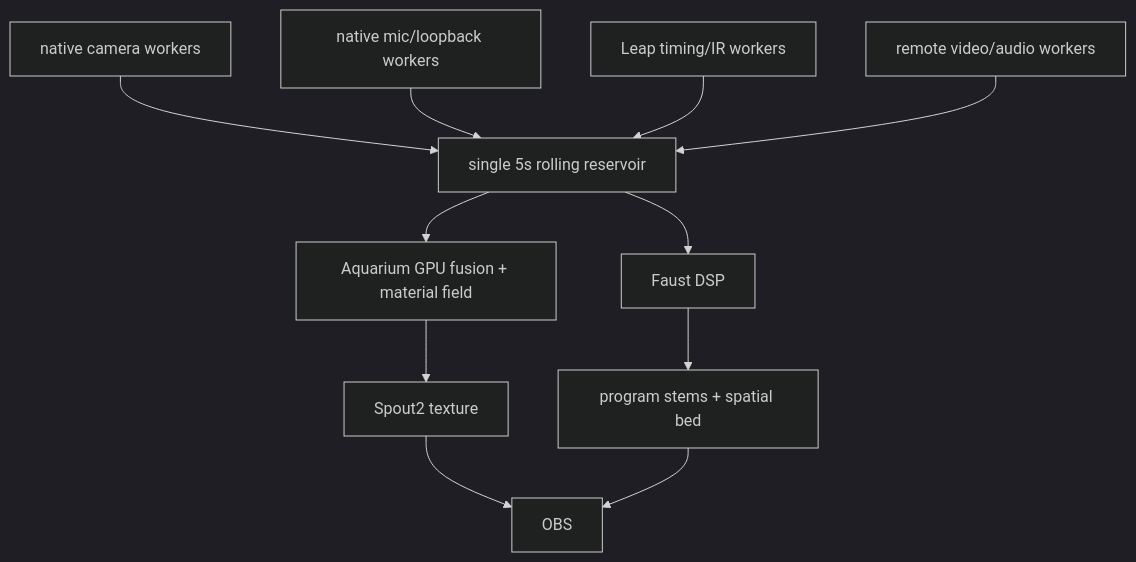
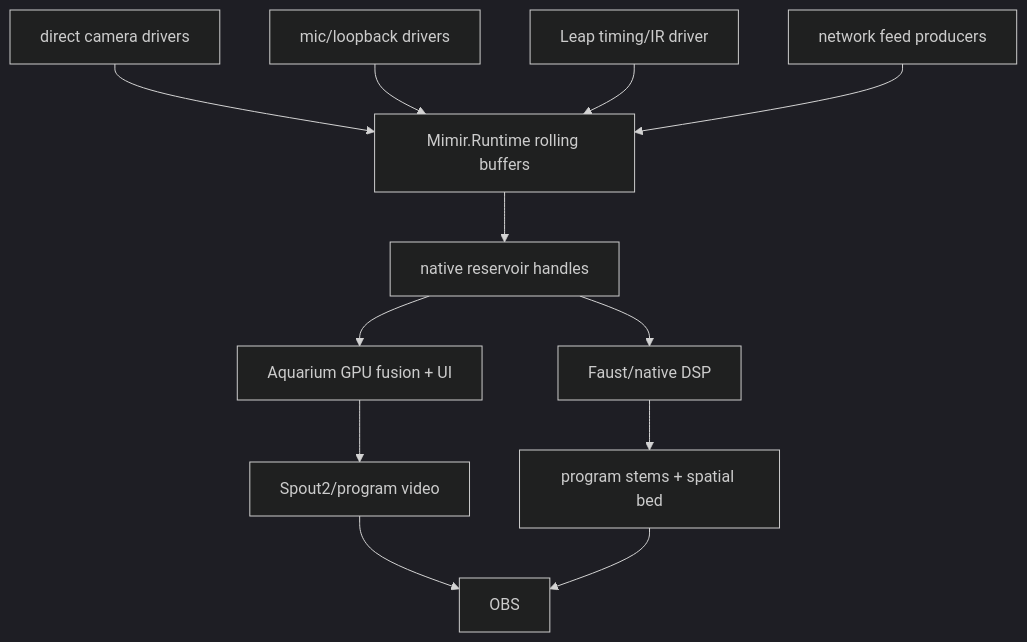
Before and after one commit to GameCult/Mimir: the first of 2 diagrams in notes/current-system-map.md, drawn with Mermaid (dark theme). The commit also changed other lines of this file and 190 other files, not shown here.

````diff
--- a/notes/current-system-map.md
+++ b/notes/current-system-map.md
@@ -23,13 +12,14 @@
 ```mermaid
 flowchart TD
-    A["native camera workers"] --> R["single 5s rolling reservoir"]
-    B["native mic/loopback workers"] --> R
-    C["Leap timing/IR workers"] --> R
-    D["remote video/audio workers"] --> R
-    R --> E["Aquarium GPU fusion + material field"]
-    R --> F["Faust DSP"]
-    E --> G["Spout2 texture"]
+    A["direct camera drivers"] --> R["Mimir.Runtime rolling buffers"]
+    B["mic/loopback drivers"] --> R
+    C["Leap timing/IR driver"] --> R
+    D["network feed producers"] --> R
+    R --> N["native reservoir handles"]
+    N --> E["Aquarium GPU fusion + UI"]
+    N --> F["Faust/native DSP"]
+    E --> G["Spout2/program video"]
     F --> H["program stems + spatial bed"]
     G --> I["OBS"]
     H --> I
 ```
````
